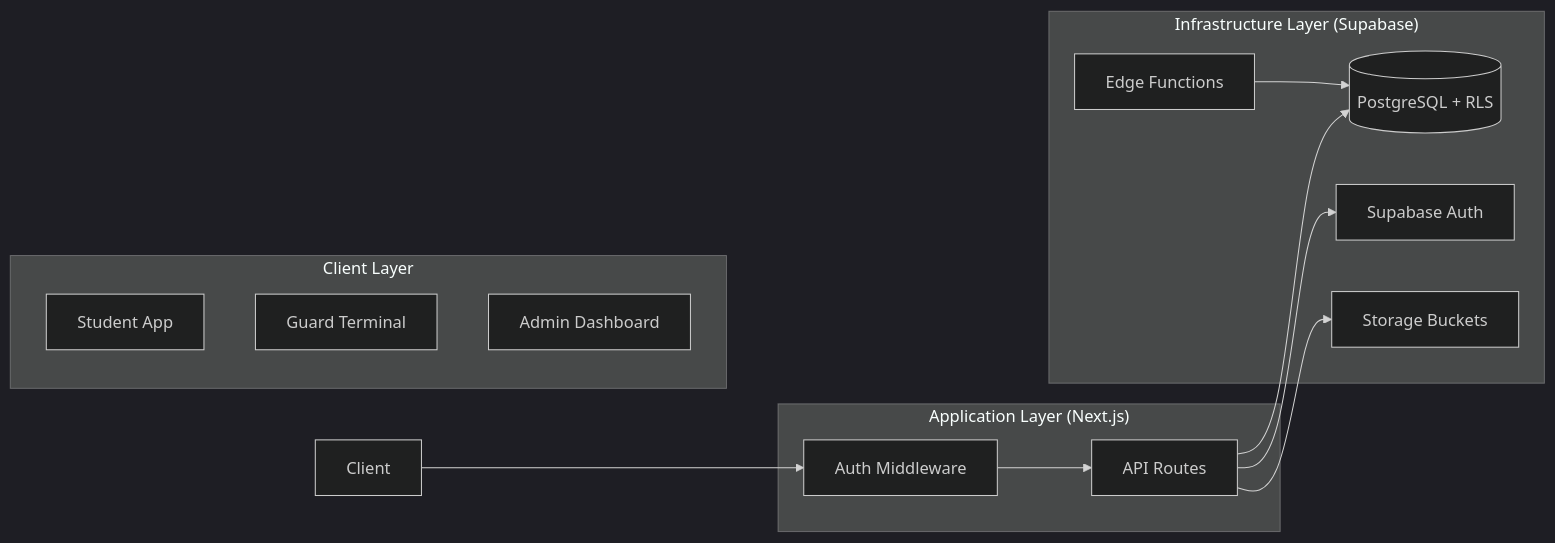
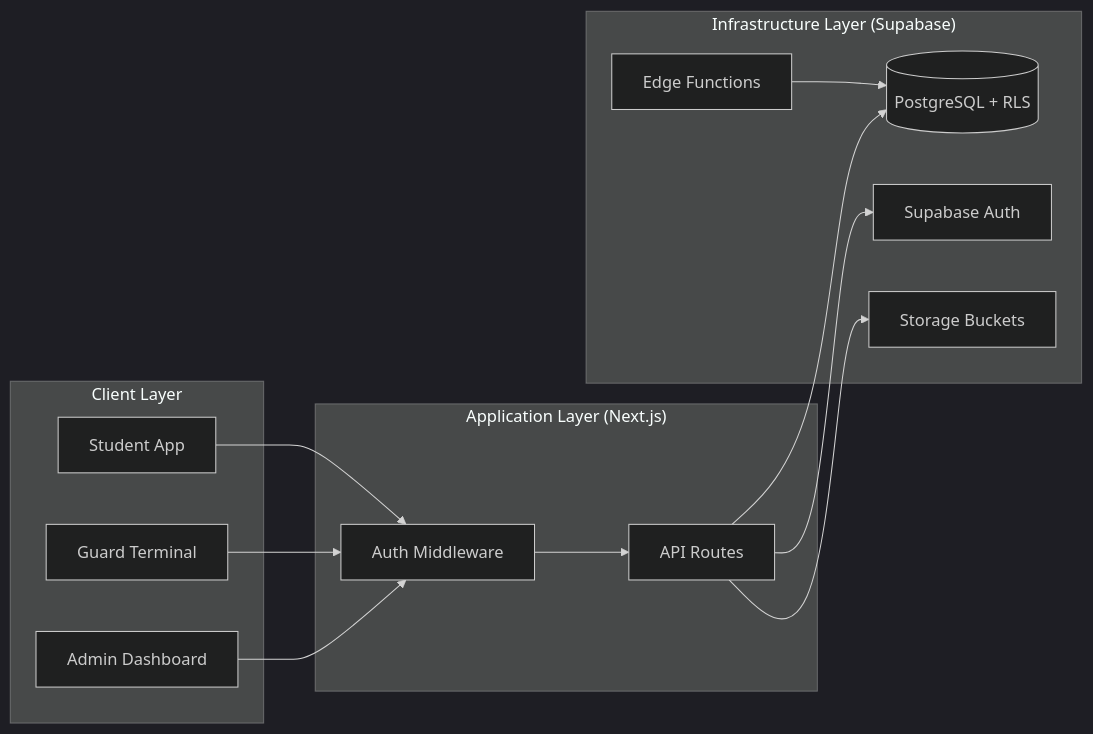
Before and after one commit to RoyalLit/PassOS: the first of 2 diagrams in docs/architecture.md, drawn with Mermaid (dark theme). The commit also changed other lines of this file and 1 other file, not shown here.

````diff
--- a/docs/architecture.md
+++ b/docs/architecture.md
@@ -9,27 +9,29 @@
 ```mermaid
 graph LR
     subgraph "Client Layer"
         S[Student App]
         G[Guard Terminal]
         A[Admin Dashboard]
     end
 
     subgraph "Application Layer (Next.js)"
         API[API Routes]
         MW[Auth Middleware]
     end
 
     subgraph "Infrastructure Layer (Supabase)"
         Auth[Supabase Auth]
         DB[(PostgreSQL + RLS)]
         Store[Storage Buckets]
         Edge[Edge Functions]
     end
 
-    Client --> MW
+    S --> MW
+    G --> MW
+    A --> MW
     MW --> API
     API --> DB
     API --> Auth
     API --> Store
     Edge --> DB
 ```
````
